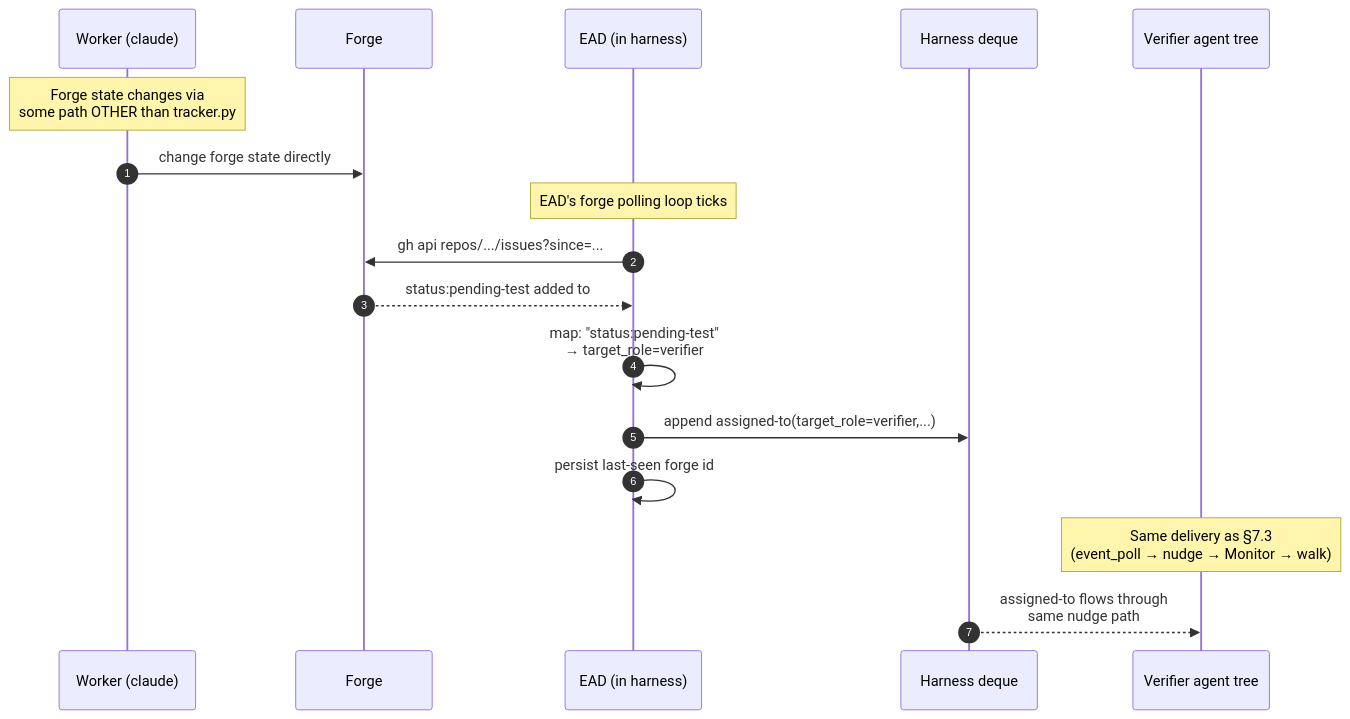
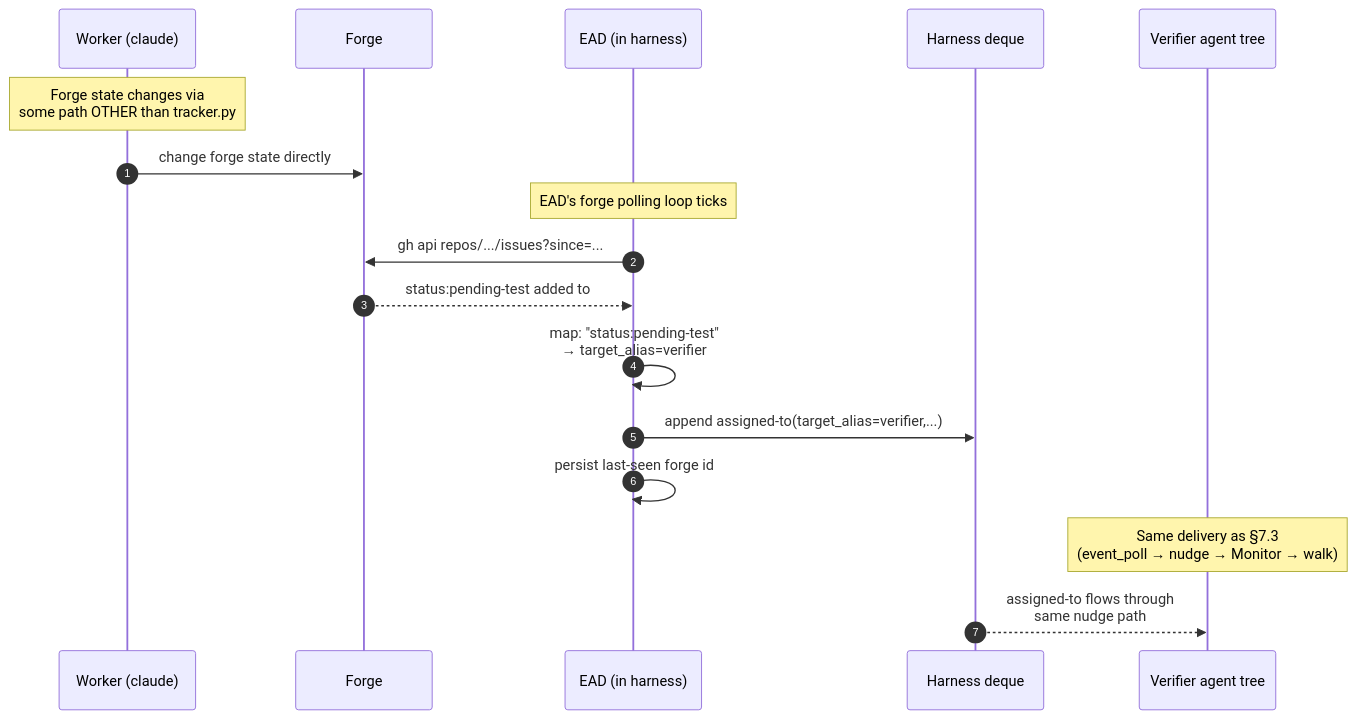
One commit to WallyDoodlez/SquidSquad changed diagram 14 of 16 in docs/AGENT-RUNTIME.md. Above: the diagram before and after it, drawn with Mermaid. The commit also changed other lines of this file, not shown here.

First line of the commit message:
pm: AGENT-RUNTIME — class vs alias + retire responsibility.md / permission table

````diff
--- a/docs/AGENT-RUNTIME.md
+++ b/docs/AGENT-RUNTIME.md
@@ -871,22 +894,22 @@
 ```mermaid
 sequenceDiagram
     autonumber
     participant W as Worker (claude)
     participant F as Forge
     participant EAD as EAD (in harness)
     participant H as Harness deque
     participant V as Verifier agent tree
 
     Note over W: Forge state changes via<br/>some path OTHER than tracker.py
     W->>F: change forge state directly
 
     Note over EAD: EAD's forge polling loop ticks
     EAD->>F: gh api repos/.../issues?since=...
     F-->>EAD: status:pending-test added to #9926
-    EAD->>EAD: map: "status:pending-test"<br/>→ target_role=verifier
-    EAD->>H: append assigned-to(target_role=verifier,...)
+    EAD->>EAD: map: "status:pending-test"<br/>→ target_alias=verifier
+    EAD->>H: append assigned-to(target_alias=verifier,...)
     EAD->>EAD: persist last-seen forge id
 
     Note over V: Same delivery as §7.3<br/>(event_poll → nudge → Monitor → walk)
     H-->>V: assigned-to flows through<br/>same nudge path
 ```
````
